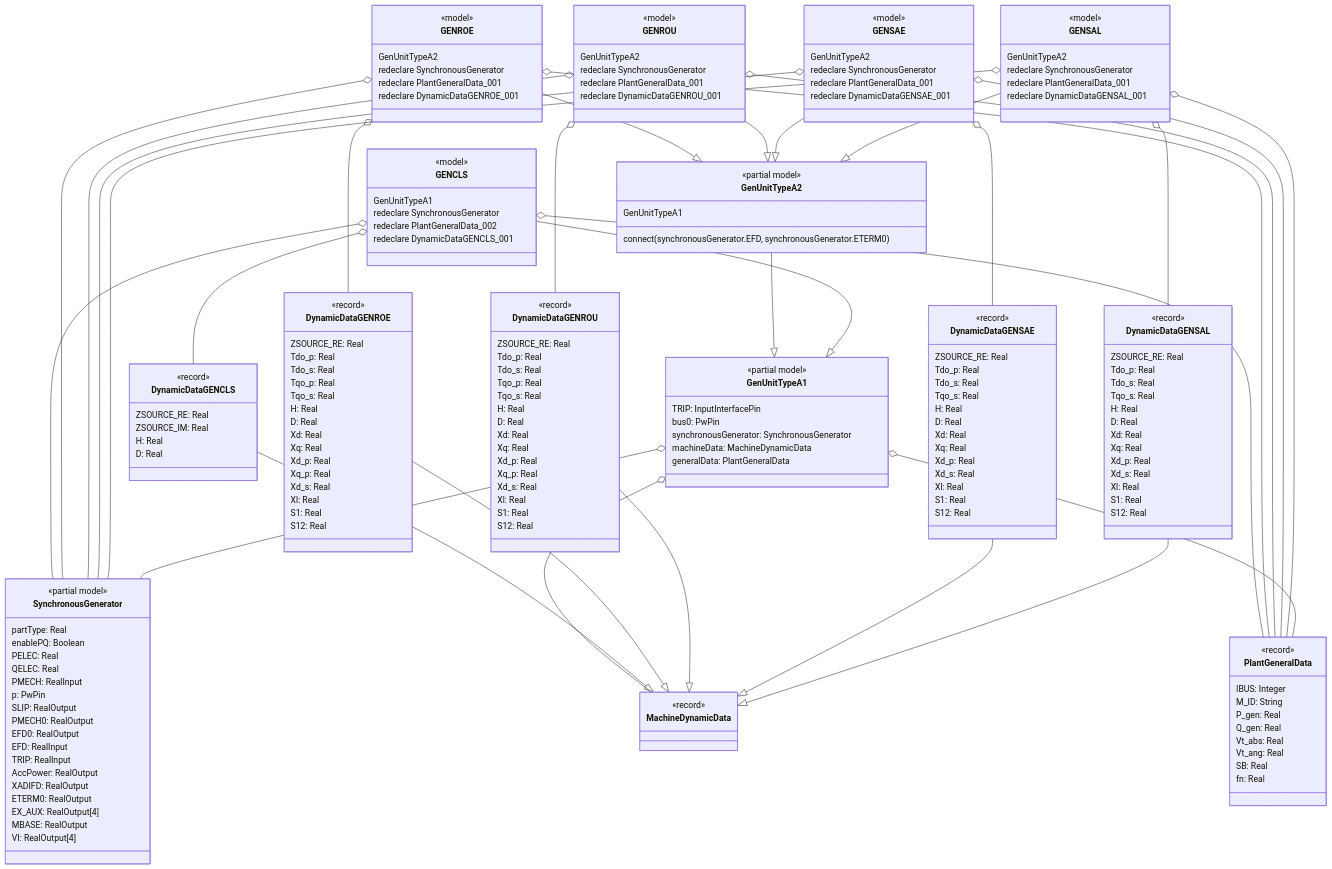
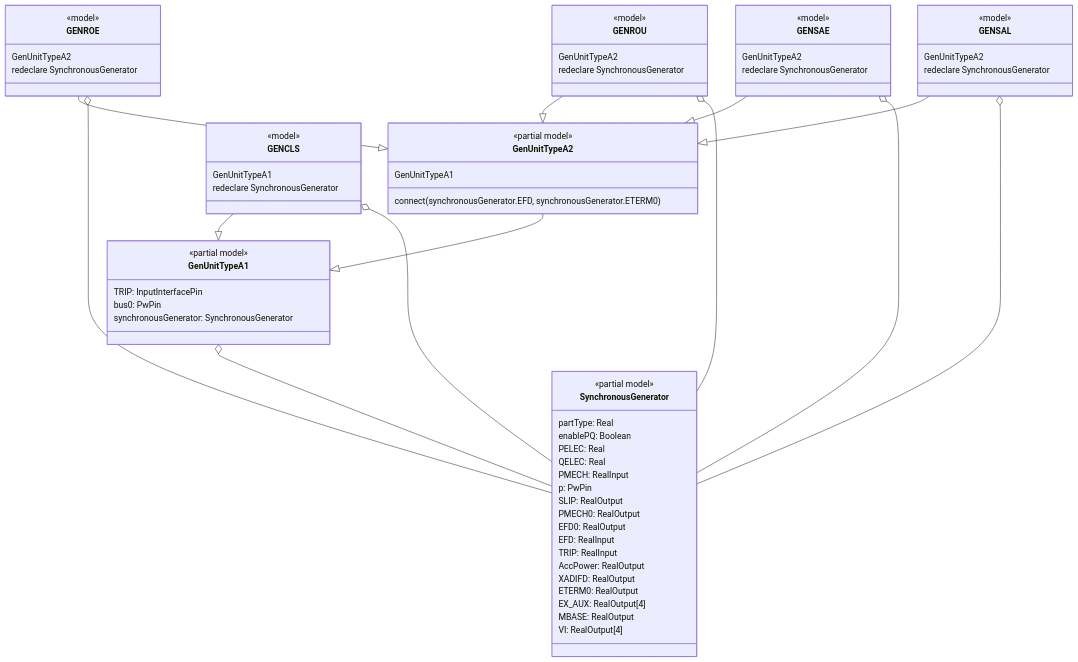
The second of 3 diagrams in modelica/OpalRT/docs/TypeA.md (Opal-RT-Technologies/ephasorsim-modelica-library), drawn with Mermaid before and after one commit. The commit also changed other lines of this file and 56 other files, not shown here.

````diff
--- a/modelica/OpalRT/docs/TypeA.md
+++ b/modelica/OpalRT/docs/TypeA.md
@@ -161,96 +96,5 @@
 ```mermaid
 classDiagram
-    %% Data Records
-    class PlantGeneralData {
-        <<record>>
-        IBUS: Integer
-        M_ID: String
-        P_gen: Real
-        Q_gen: Real
-        Vt_abs: Real
-        Vt_ang: Real
-        SB: Real
-        fn: Real
-    }
-    class MachineDynamicData {
-        <<record>>
-    }
-    class DynamicDataGENCLS {
-        <<record>>
-        ZSOURCE_RE: Real
-        ZSOURCE_IM: Real
-        H: Real
-        D: Real
-    }
-    class DynamicDataGENROE {
-        <<record>>
-        ZSOURCE_RE: Real
-        Tdo_p: Real
-        Tdo_s: Real
-        Tqo_p: Real
-        Tqo_s: Real
-        H: Real
-        D: Real
-        Xd: Real
-        Xq: Real
-        Xd_p: Real
-        Xq_p: Real
-        Xd_s: Real
-        Xl: Real
-        S1: Real
-        S12: Real
-    }
-    class DynamicDataGENROU {
-        <<record>>
-        ZSOURCE_RE: Real
-        Tdo_p: Real
-        Tdo_s: Real
-        Tqo_p: Real
-        Tqo_s: Real
-        H: Real
-        D: Real
-        Xd: Real
-        Xq: Real
-        Xd_p: Real
-        Xq_p: Real
-        Xd_s: Real
-        Xl: Real
-        S1: Real
-        S12: Real
-    }
-    class DynamicDataGENSAE {
-        <<record>>
-        ZSOURCE_RE: Real
-        Tdo_p: Real
-        Tdo_s: Real
-        Tqo_s: Real
-        H: Real
-        D: Real
-        Xd: Real
-        Xq: Real
-        Xd_p: Real
-        Xd_s: Real
-        Xl: Real
-        S1: Real
-        S12: Real
-    }
-    class DynamicDataGENSAL {
-        <<record>>
-        ZSOURCE_RE: Real
-        Tdo_p: Real
-        Tdo_s: Real
-        Tqo_s: Real
-        H: Real
-        D: Real
-        Xd: Real
-        Xq: Real
-        Xd_p: Real
-        Xd_s: Real
-        Xl: Real
-        S1: Real
-        S12: Real
-    }
-
     %% Partial Models
     class SynchronousGenerator {
         <<partial model>>
@@ -278,8 +122,6 @@
         TRIP: InputInterfacePin
         bus0: PwPin
         synchronousGenerator: SynchronousGenerator
-        machineData: MachineDynamicData
-        generalData: PlantGeneralData
     }
 
     class GenUnitTypeA2 {
@@ -293,36 +135,26 @@
         <<model>>
         GenUnitTypeA1
         redeclare SynchronousGenerator
-        redeclare PlantGeneralData_002
-        redeclare DynamicDataGENCLS_001
     }
     class GENROE {
         <<model>>
         GenUnitTypeA2
         redeclare SynchronousGenerator
-        redeclare PlantGeneralData_001
-        redeclare DynamicDataGENROE_001
     }
     class GENROU {
         <<model>>
         GenUnitTypeA2
         redeclare SynchronousGenerator
-        redeclare PlantGeneralData_001
-        redeclare DynamicDataGENROU_001
     }
     class GENSAE {
         <<model>>
         GenUnitTypeA2
         redeclare SynchronousGenerator
-        redeclare PlantGeneralData_001
-        redeclare DynamicDataGENSAE_001
     }
     class GENSAL {
         <<model>>
         GenUnitTypeA2
         redeclare SynchronousGenerator
-        redeclare PlantGeneralData_001
-        redeclare DynamicDataGENSAL_001
     }
 
     %% Relationships
@@ -334,32 +166,10 @@
     GENSAL --|> GenUnitTypeA2
 
     GENCLS o-- SynchronousGenerator
-    GENCLS o-- PlantGeneralData
-    GENCLS o-- DynamicDataGENCLS
-
     GENROE o-- SynchronousGenerator
-    GENROE o-- PlantGeneralData
-    GENROE o-- DynamicDataGENROE
-
     GENROU o-- SynchronousGenerator
-    GENROU o-- PlantGeneralData
-    GENROU o-- DynamicDataGENROU
-
     GENSAE o-- SynchronousGenerator
-    GENSAE o-- PlantGeneralData
-    GENSAE o-- DynamicDataGENSAE
-
     GENSAL o-- SynchronousGenerator
-    GENSAL o-- PlantGeneralData
-    GENSAL o-- DynamicDataGENSAL
 
     GenUnitTypeA1 o-- SynchronousGenerator
-    GenUnitTypeA1 o-- MachineDynamicData
-    GenUnitTypeA1 o-- PlantGeneralData
-
-    DynamicDataGENCLS --|> MachineDynamicData
-    DynamicDataGENROE --|> MachineDynamicData
-    DynamicDataGENROU --|> MachineDynamicData
-    DynamicDataGENSAE --|> MachineDynamicData
-    DynamicDataGENSAL --|> MachineDynamicData
 ```
````
